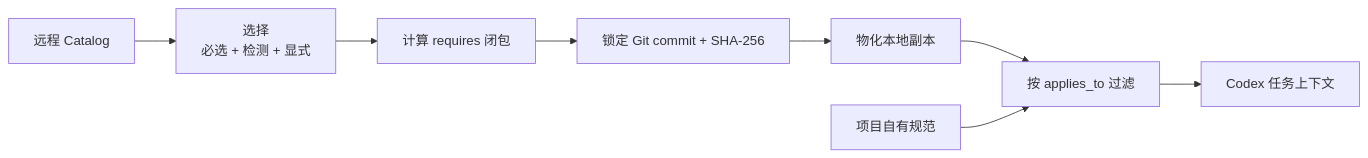
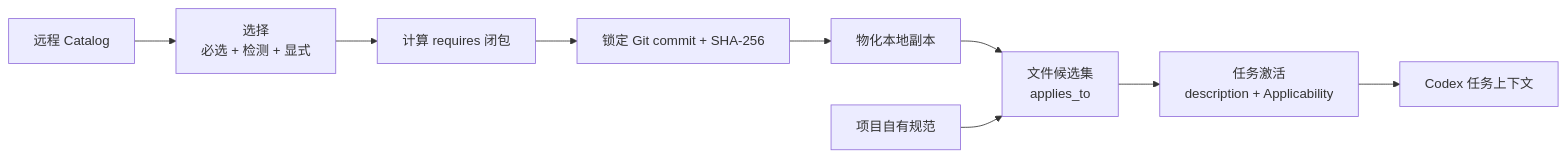
The second of 3 diagrams in docs/specification-model.zh-CN.md (XiaoWeiKIN/EngineeringSpecifications), drawn with Mermaid before and after one commit. The commit also changed other lines of this file and 22 other files, not shown here.

````diff
--- a/docs/specification-model.zh-CN.md
+++ b/docs/specification-model.zh-CN.md
@@ -87,10 +91,11 @@
 ```mermaid
 flowchart LR
     Catalog["远程 Catalog"] --> Select["选择<br/>必选 + 检测 + 显式"]
     Select --> Closure["计算 requires 闭包"]
     Closure --> Lock["锁定 Git commit + SHA-256"]
     Lock --> Local["物化本地副本"]
-    Local --> Scope["按 applies_to 过滤"]
+    Local --> Scope["文件候选集<br/>applies_to"]
     Project["项目自有规范"] --> Scope
-    Scope --> Codex["Codex 任务上下文"]
+    Scope --> Activate["任务激活<br/>description + Applicability"]
+    Activate --> Codex["Codex 任务上下文"]
 ```
````
